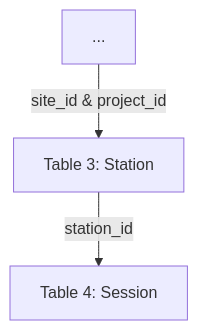
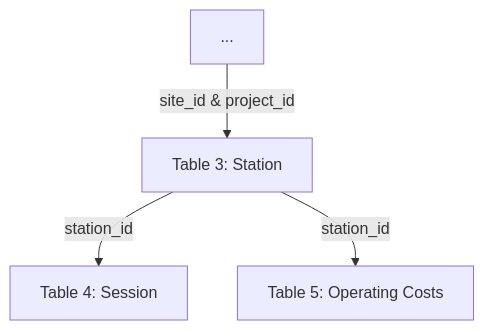
The second of 2 diagrams in core-specification/registration-and-session-data-reference.md (AtlasPublicPolicy/charging-use-spec), drawn with Mermaid before and after one commit. The commit also changed other lines of this file, not shown here.

````diff
--- a/core-specification/registration-and-session-data-reference.md
+++ b/core-specification/registration-and-session-data-reference.md
@@ -143,9 +154,11 @@
 ```mermaid
 graph TD
 
 A[...]
 B[Table 3: Station]
 C[Table 4: Session]
+D[Table 5: Operating Costs]
 A --site_id & project_id--> B
 B --station_id--> C
+B --station_id--> D 
 ```
````
